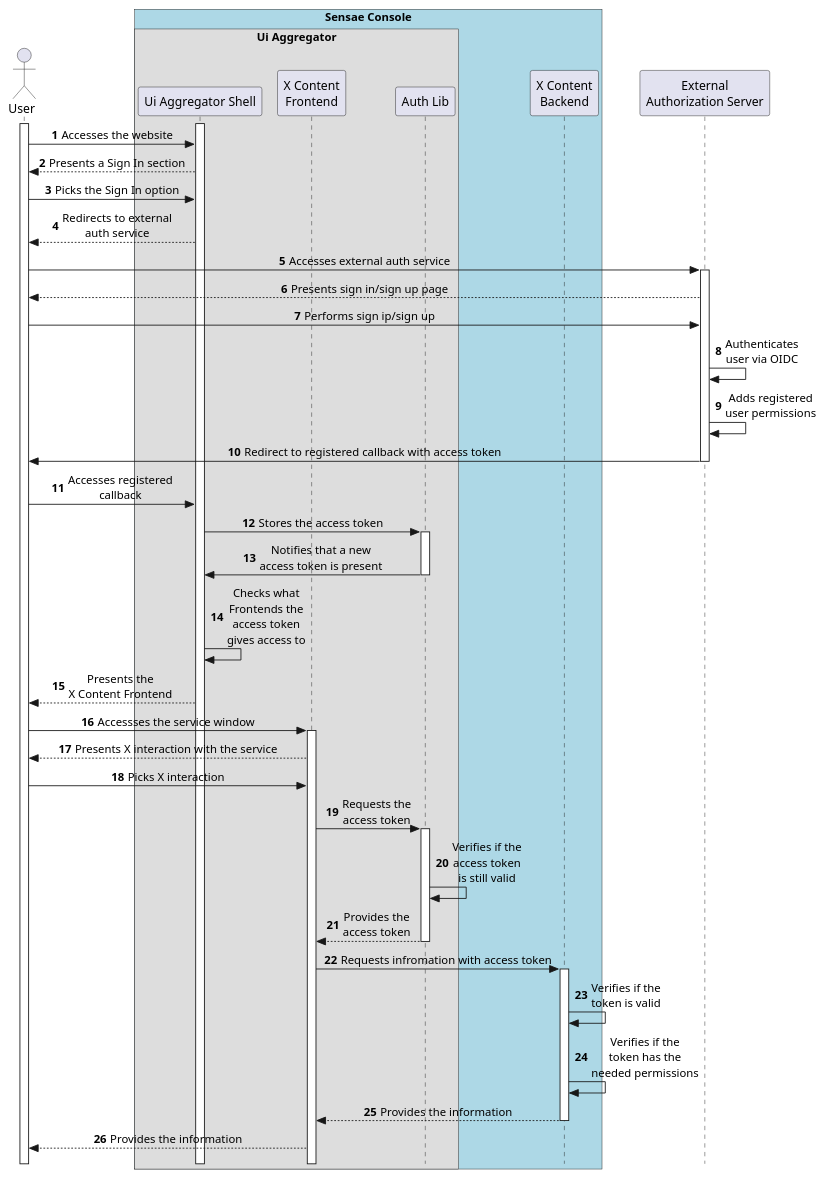
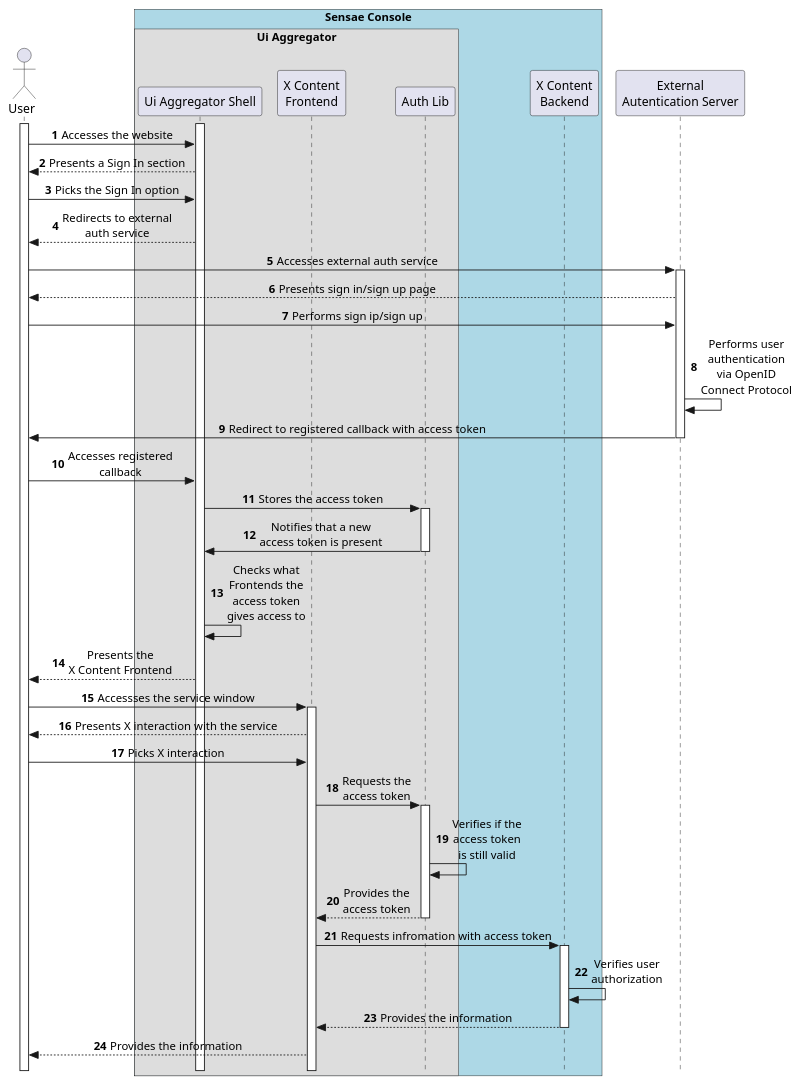
One commit to FilipeMCruz/dissertation changed the diagram in assets/diagrams/design/alternatives/auth/alternative2.pu. Above: the diagram before and after it, drawn with PlantUML. The commit also changed 107 other files, not shown here.

```diff
--- a/assets/diagrams/design/alternatives/auth/alternative2.pu
+++ b/assets/diagrams/design/alternatives/auth/alternative2.pu
@@ -1,57 +1,55 @@
 @startuml alternative2
 
 skinparam sequenceMessageAlign center
 skinparam style strictuml
 autonumber 1
 !pragma teoz true
 
 actor User
 box "Sensae Console" #LightBlue
 box "Ui Aggregator"
 participant "Ui Aggregator Shell" as AGGRE
 participant "X Content\nFrontend" as XFRONT
 participant "Auth Lib" as AUTHLIB
 end box
 participant "X Content\nBackend" as XBACK
 end box
-participant "External\nAuthorization Server" as AUTHSERVER
+participant "External\nAutentication Server" as AUTHSERVER
 
 activate AGGRE
 activate User
 
 User -> AGGRE: Accesses the website
 AGGRE --> User: Presents a Sign In section
 User -> AGGRE: Picks the Sign In option
 AGGRE --> User: Redirects to external\nauth service
 User -> AUTHSERVER: Accesses external auth service
 activate AUTHSERVER
 AUTHSERVER --> User: Presents sign in/sign up page
 User -> AUTHSERVER: Performs sign ip/sign up
-AUTHSERVER -> AUTHSERVER: Authenticates\nuser via OIDC
-AUTHSERVER -> AUTHSERVER: Adds registered\nuser permissions
+AUTHSERVER -> AUTHSERVER: Performs user\nauthentication\nvia OpenID\nConnect Protocol
 AUTHSERVER -> User: Redirect to registered callback with access token
 deactivate AUTHSERVER
 User -> AGGRE: Accesses registered\ncallback
 AGGRE -> AUTHLIB: Stores the access token
 activate AUTHLIB
 AUTHLIB -> AGGRE: Notifies that a new\naccess token is present
 deactivate AUTHLIB
 AGGRE -> AGGRE: Checks what\nFrontends the\naccess token\ngives access to
 AGGRE --> User: Presents the\nX Content Frontend
 User -> XFRONT: Accessses the service window
 activate XFRONT
 XFRONT --> User: Presents X interaction with the service
 User -> XFRONT: Picks X interaction
 XFRONT -> AUTHLIB: Requests the\naccess token
 activate AUTHLIB
 AUTHLIB -> AUTHLIB: Verifies if the\naccess token\nis still valid
 AUTHLIB --> XFRONT: Provides the\naccess token
 deactivate AUTHLIB
 XFRONT -> XBACK: Requests infromation with access token
 activate XBACK
-XBACK -> XBACK: Verifies if the\ntoken is valid
-XBACK -> XBACK: Verifies if the\ntoken has the\nneeded permissions
+XBACK -> XBACK: Verifies user\nauthorization
 XBACK --> XFRONT: Provides the information
 deactivate XBACK
 XFRONT --> User: Provides the information
 @enduml
```
